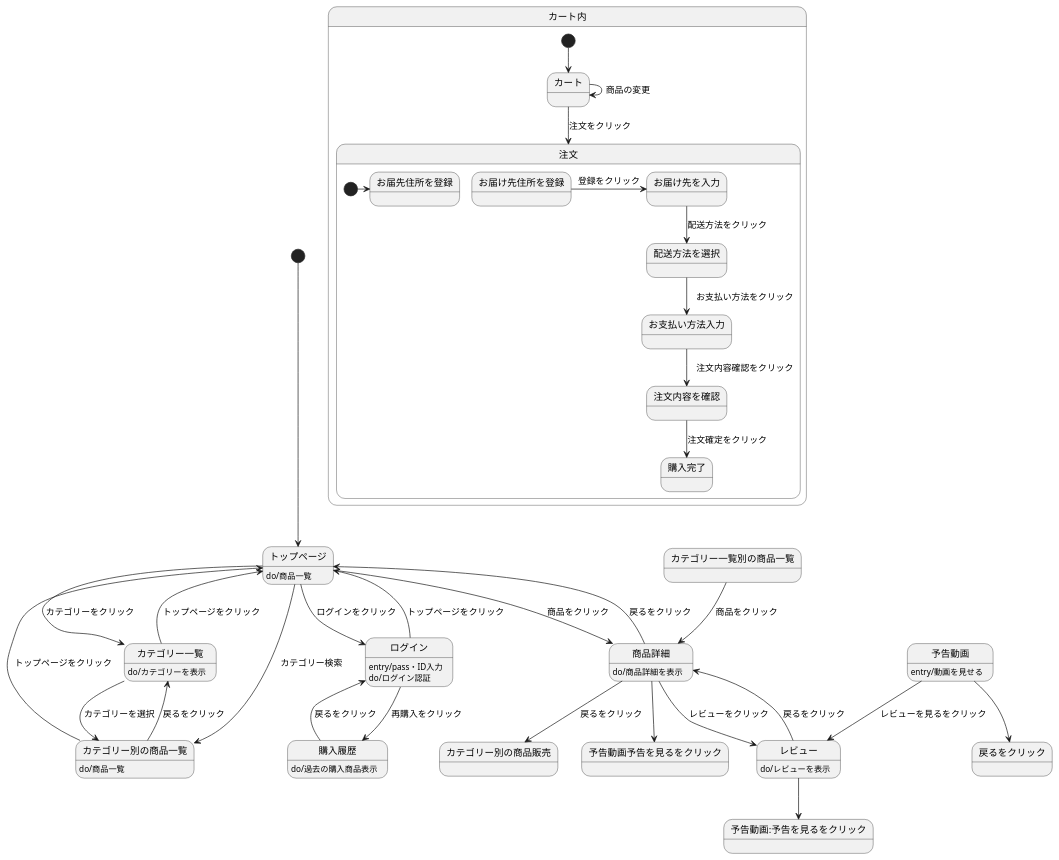
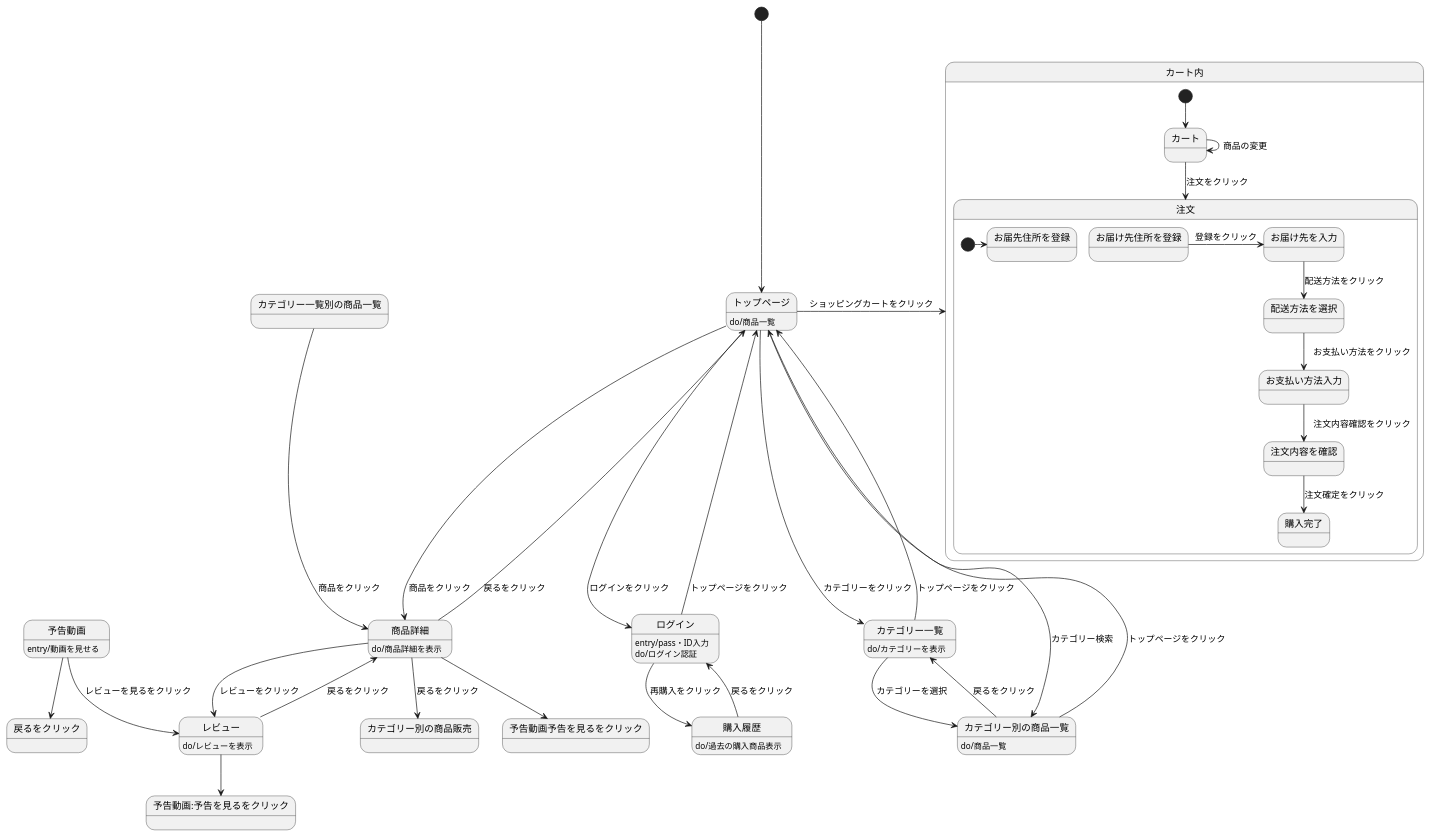
One commit to Aso2001388/2021sys-design changed the diagram in orizinaru.md. Above: the diagram before and after it, drawn with PlantUML.

````diff
--- a/orizinaru.md
+++ b/orizinaru.md
@@ -1,49 +1,51 @@
 ```uml 
 @startuml
 [*]-->トップページ
 トップページ : do/商品一覧
 トップページ-->ログイン: ログインをクリック
 ログイン-->トップページ: トップページをクリック
 ログイン: entry/pass・ID入力
 ログイン: do/ログイン認証
 ログイン-->購入履歴: 再購入をクリック
 購入履歴-->ログイン: 戻るをクリック
 購入履歴: do/過去の購入商品表示
 トップページ-->カテゴリー一覧: カテゴリーをクリック
 カテゴリー一覧-->トップページ: トップページをクリック
 カテゴリー一覧: do/カテゴリーを表示
 トップページ-->カテゴリー別の商品一覧: カテゴリー検索
 カテゴリー別の商品一覧-->トップページ: トップページをクリック
 カテゴリー別の商品一覧: do/商品一覧
 カテゴリー一覧-->カテゴリー別の商品一覧: カテゴリーを選択
 カテゴリー別の商品一覧-->カテゴリー一覧: 戻るをクリック
 トップページ-->商品詳細: 商品をクリック
 商品詳細-->トップページ: 戻るをクリック
 商品詳細: do/商品詳細を表示
 カテゴリー一覧別の商品一覧-->商品詳細: 商品をクリック
 商品詳細-->カテゴリー別の商品販売: 戻るをクリック
 商品詳細-->レビュー: レビューをクリック
 レビュー-->商品詳細: 戻るをクリック
 レビュー: do/レビューを表示
 商品詳細-->予告動画予告を見るをクリック
 予告動画-->戻るをクリック
 予告動画: entry/動画を見せる
 予告動画-->レビュー: レビューを見るをクリック
 レビュー-->予告動画:予告を見るをクリック
 
+トップページ->カート内: ショッピングカートをクリック
+
 state カート内{
 [*]-->カート
 カート->カート: 商品の変更
 カート-->注文: 注文をクリック
 state 注文{
  [*]->お届先住所を登録
  お届け先住所を登録->お届け先を入力: 登録をクリック
  お届け先を入力-->配送方法を選択: 配送方法をクリック
  配送方法を選択-->お支払い方法入力:　お支払い方法をクリック
  お支払い方法入力-->注文内容を確認:　注文内容確認をクリック
  注文内容を確認-->購入完了: 注文確定をクリック
 }
 }
 
 @enduml
 ``` 
````
